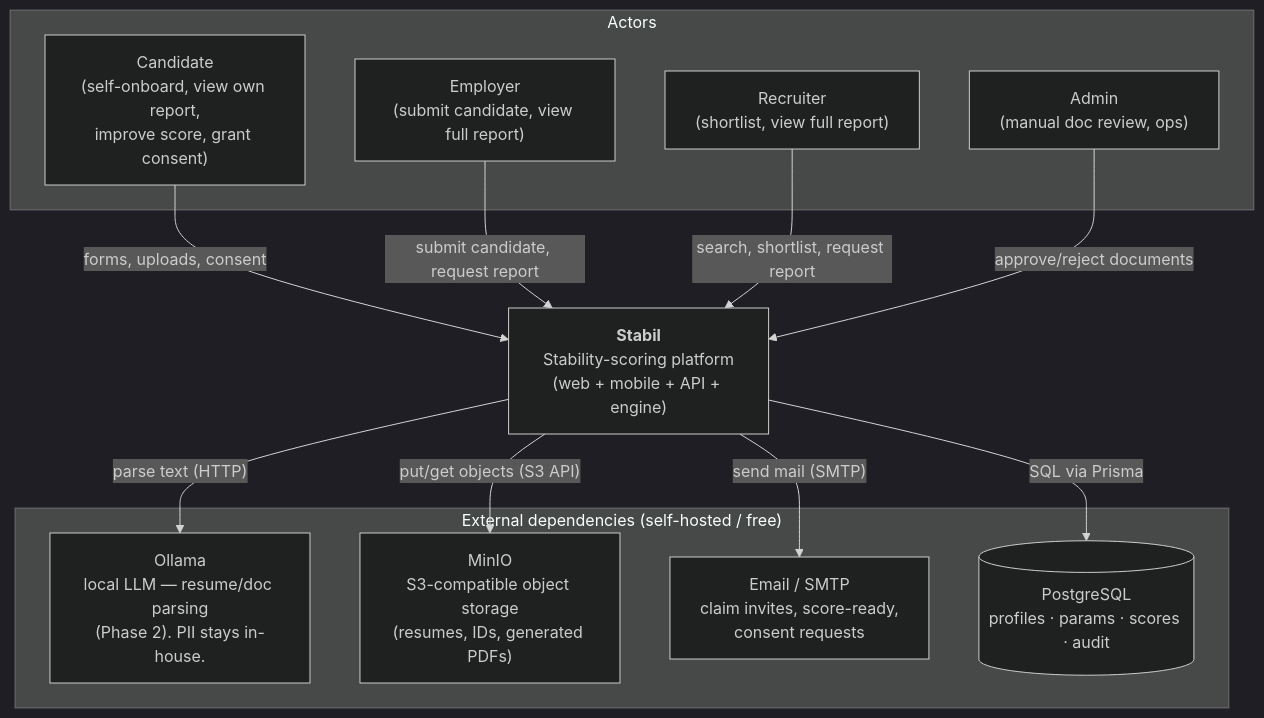
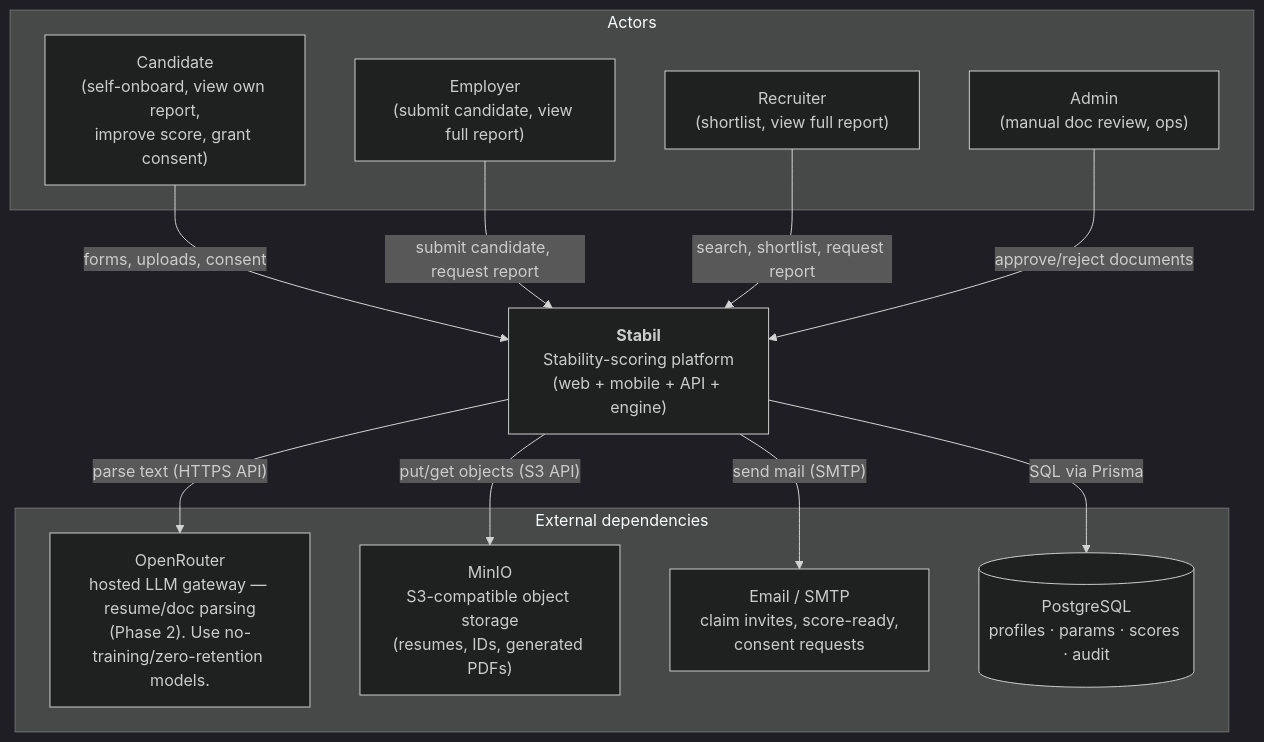
Before and after one commit to yashranaway/stabil: the first of 12 diagrams in docs/architecture/01-overview.md, drawn with Mermaid (dark theme). The commit also changed other lines of this file and 27 other files, not shown here.

First line of the commit message:
Docs: switch AI provider from self-hosted Ollama to OpenRouter

````diff
--- a/docs/architecture/01-overview.md
+++ b/docs/architecture/01-overview.md
@@ -30,28 +30,28 @@
 ```mermaid
 graph TB
     subgraph Actors
         CAND["Candidate<br/>(self-onboard, view own report,<br/>improve score, grant consent)"]
         EMP["Employer<br/>(submit candidate, view full report)"]
         REC["Recruiter<br/>(shortlist, view full report)"]
         ADMIN["Admin<br/>(manual doc review, ops)"]
     end
 
     STABIL["<b>Stabil</b><br/>Stability-scoring platform<br/>(web + mobile + API + engine)"]
 
-    subgraph "External dependencies (self-hosted / free)"
-        OLLAMA["Ollama<br/>local LLM — resume/doc parsing<br/>(Phase 2). PII stays in-house."]
+    subgraph "External dependencies"
+        OPENROUTER["OpenRouter<br/>hosted LLM gateway — resume/doc parsing<br/>(Phase 2). Use no-training/zero-retention models."]
         MINIO["MinIO<br/>S3-compatible object storage<br/>(resumes, IDs, generated PDFs)"]
         SMTP["Email / SMTP<br/>claim invites, score-ready,<br/>consent requests"]
         PG[("PostgreSQL<br/>profiles · params · scores · audit")]
     end
 
     CAND -->|"forms, uploads, consent"| STABIL
     EMP -->|"submit candidate, request report"| STABIL
     REC -->|"search, shortlist, request report"| STABIL
     ADMIN -->|"approve/reject documents"| STABIL
 
-    STABIL -->|"parse text (HTTP)"| OLLAMA
+    STABIL -->|"parse text (HTTPS API)"| OPENROUTER
     STABIL -->|"put/get objects (S3 API)"| MINIO
     STABIL -->|"send mail (SMTP)"| SMTP
     STABIL -->|"SQL via Prisma"| PG
 ```
````
